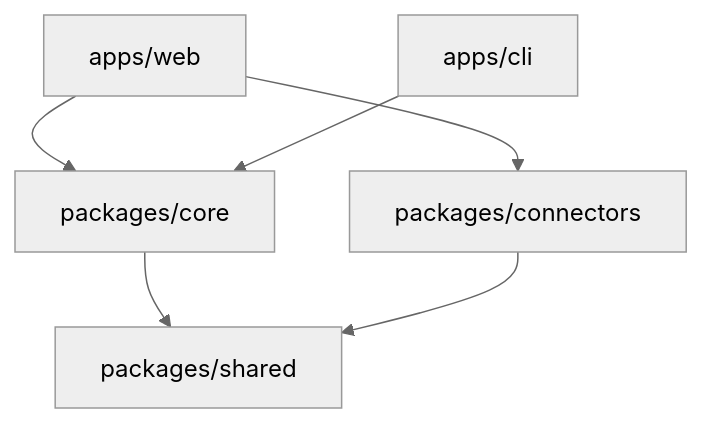
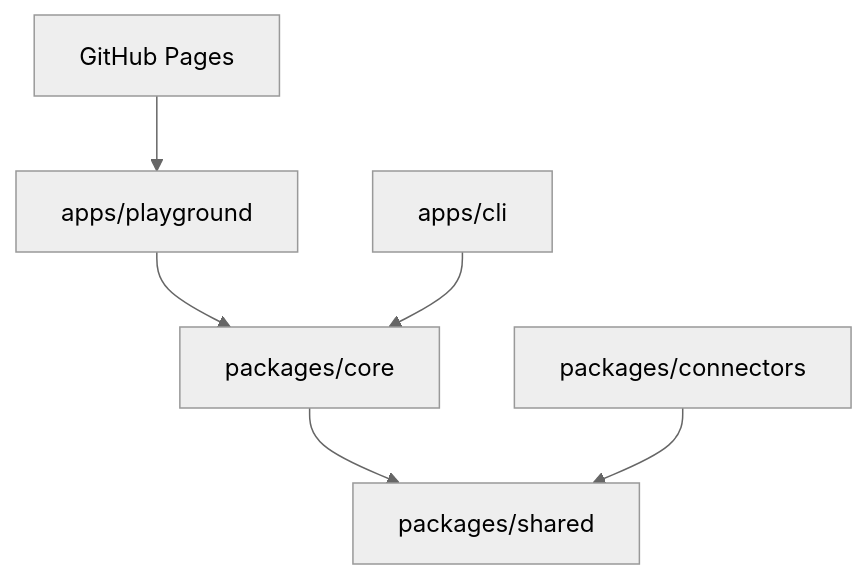
The third of 3 diagrams in README.md (amulyavarshney/Secret-Exposure-Response-Assistant), drawn with Mermaid (neutral theme) before and after one commit. The commit also changed other lines of this file and 81 other files, not shown here.

First line of the commit message:
Add Vite playground, Pages deploy, and production docs.

````diff
--- a/README.md
+++ b/README.md
@@ -241,8 +202,8 @@
 ```mermaid
 flowchart TB
-  Web[apps/web] --> Core[packages/core]
+  Play[apps/playground] --> Core[packages/core]
   CLI[apps/cli] --> Core
-  Web --> Conn[packages/connectors]
   Core --> Shared[packages/shared]
-  Conn --> Shared
+  Conn[packages/connectors] --> Shared
+  Pages[GitHub Pages] --> Play
 ```
````
